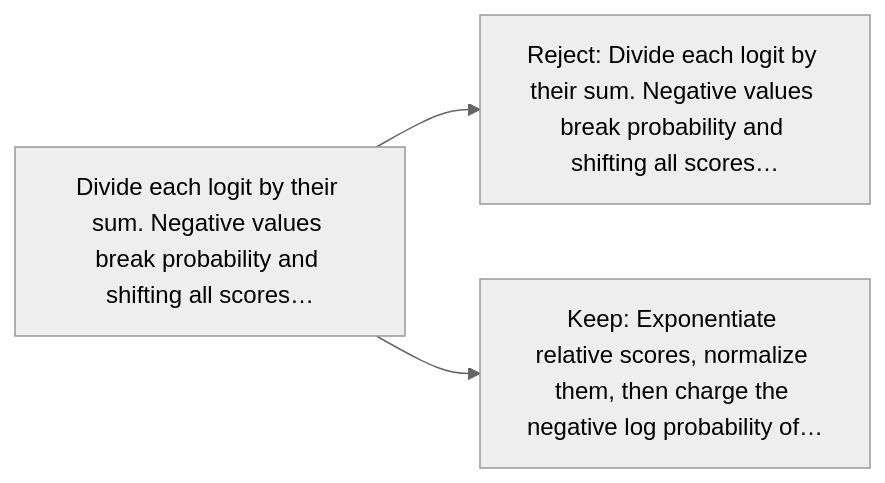
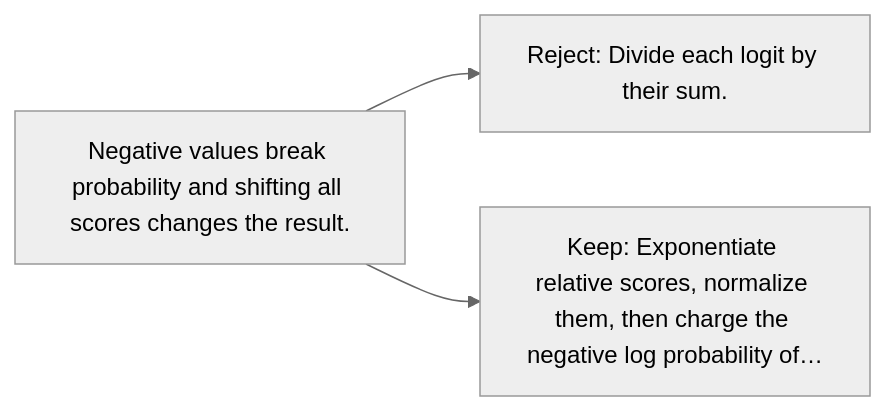
The diagram in excavations/042-vocabulary-probabilities/diagram.md (kleem-labs/AI-Archaeology), drawn with Mermaid (neutral theme) before and after one commit. The commit also changed other lines of this file and 165 other files, not shown here.

````diff
--- a/excavations/042-vocabulary-probabilities/diagram.md
+++ b/excavations/042-vocabulary-probabilities/diagram.md
@@ -5,5 +5,5 @@
 ```mermaid
 flowchart LR
-    B["Divide each logit by their sum. Negative values break probability and shifting all scores…"] --> A["Reject: Divide each logit by their sum. Negative values break probability and shifting all scores…"]
+    B["Negative values break probability and shifting all scores changes the result."] --> A["Reject: Divide each logit by their sum."]
     B --> C["Keep: Exponentiate relative scores, normalize them, then charge the negative log probability of…"]
 ```
````
